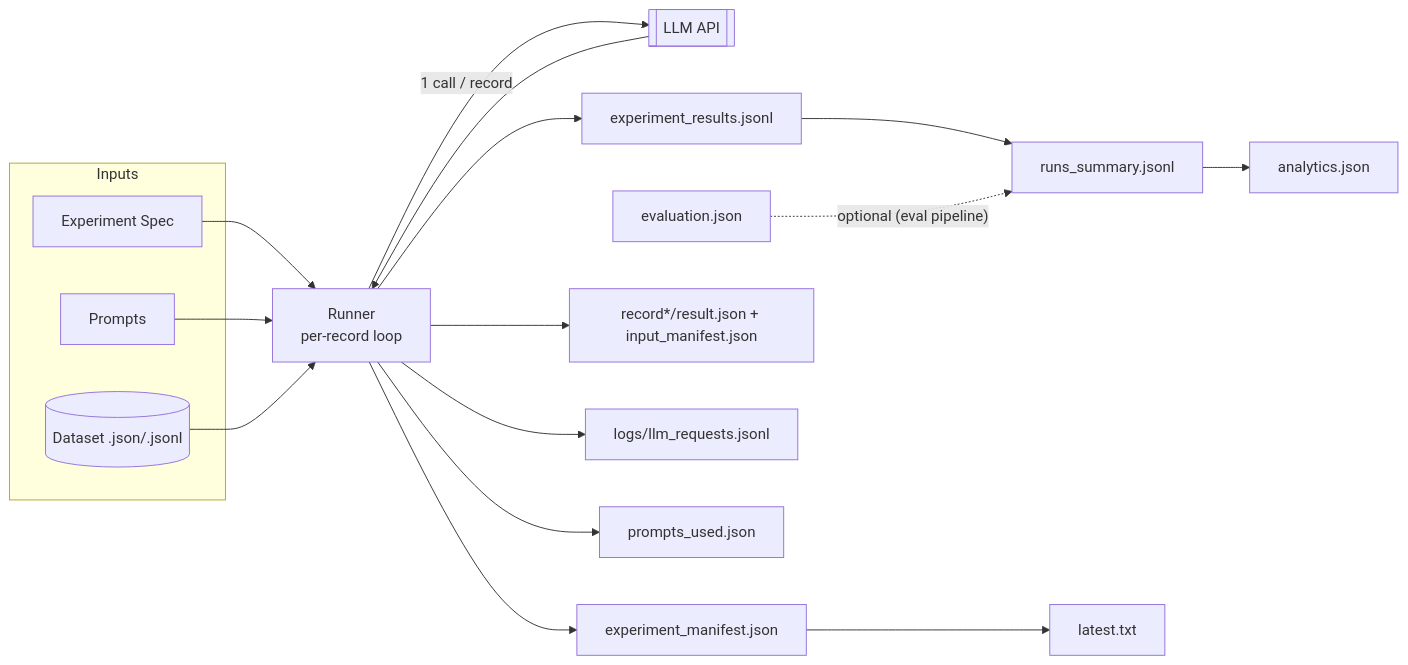
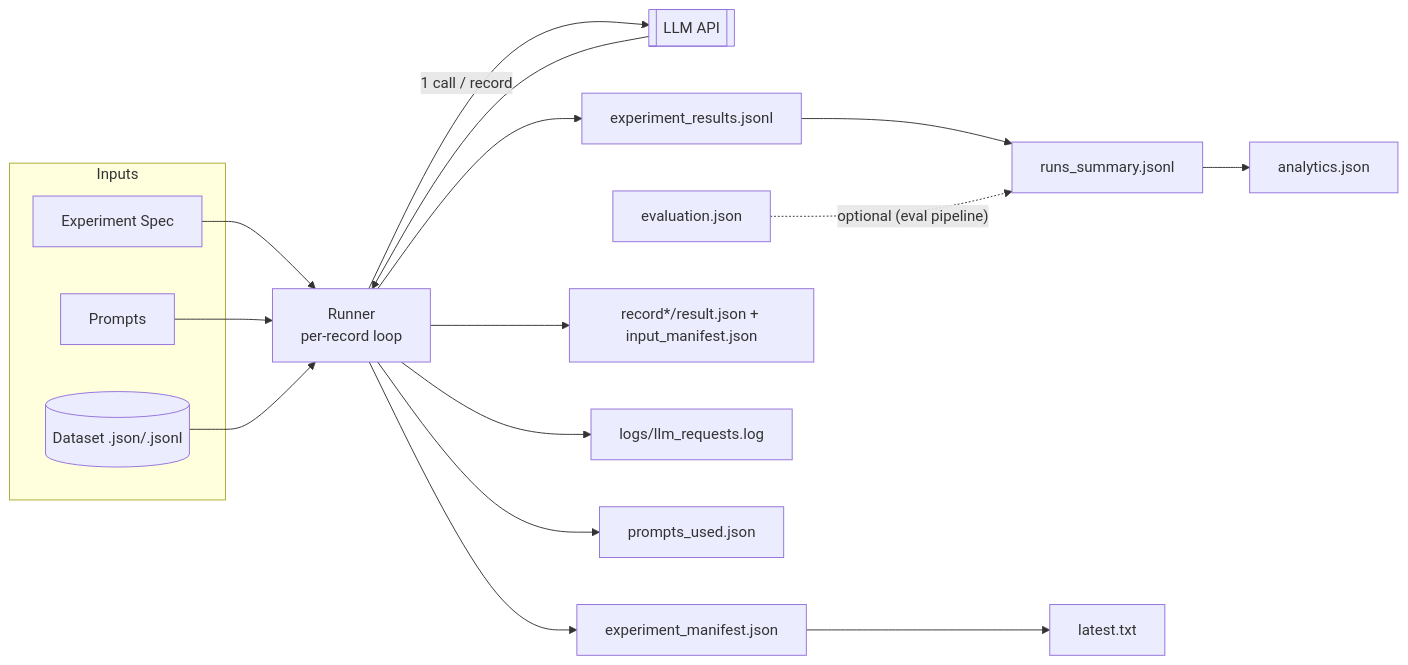
One commit to johnkozaris/ai-experiments-starter changed the first of 2 diagrams in README.md. Above: the diagram before and after it, drawn with Mermaid. The commit also changed other lines of this file and 47 other files, not shown here.

````diff
--- a/README.md
+++ b/README.md
@@ -40,21 +50,21 @@
 ```mermaid
 flowchart LR
   subgraph Inputs
     Spec[Experiment Spec]
     Prompts[Prompts]
     Data[(Dataset .json/.jsonl)]
   end
   Spec --> Runner
   Prompts --> Runner
   Data --> Runner
   Runner[Runner\n per-record loop] -->|1 call / record| LLM[[LLM API]] --> Runner
   Runner --> Manifest[experiment_manifest.json]
   Runner --> Agg[experiment_results.jsonl]
   Runner --> RecDir[record*/result.json + input_manifest.json]
-  Runner --> Logs[logs/llm_requests.jsonl]
+  Runner --> Logs[logs/llm_requests.log]
   Runner --> PromptsSnap[prompts_used.json]
   Agg --> Summary[runs_summary.jsonl]
   Summary --> Analytics[analytics.json]
   Manifest --> Latest[latest.txt]
   Eval[evaluation.json] -. optional (eval pipeline) .-> Summary
 ```
````
